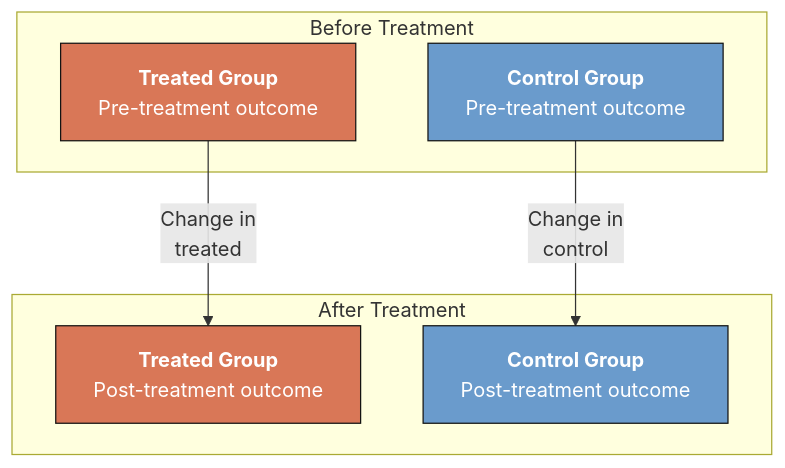
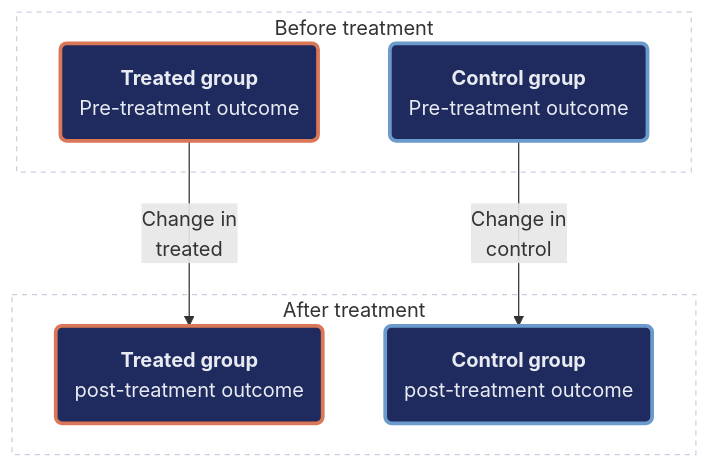
One commit to cmg777/starter-academic-v501 changed the first of 2 diagrams in content/post/python_did/references/tutorial.qmd. Above: the diagram before and after it, drawn with Mermaid. The commit also changed other lines of this file and 42 other files, not shown here.

First line of the commit message:
content(mermaid): restyle Mermaid copies in tutorial sources and the LaLonde slide deck

````diff
--- a/content/post/python_did/references/tutorial.qmd
+++ b/content/post/python_did/references/tutorial.qmd
@@ -124,19 +124,20 @@
 ```{mermaid}
 graph TB
-    subgraph "Before Treatment"
-        A["<b>Treated Group</b><br/>Pre-treatment outcome"]
-        B["<b>Control Group</b><br/>Pre-treatment outcome"]
+    subgraph SG1["Before treatment"]
+        A("<b>Treated group</b><br/>Pre-treatment outcome")
+        B("<b>Control group</b><br/>Pre-treatment outcome")
     end
-    subgraph "After Treatment"
-        C["<b>Treated Group</b><br/>Post-treatment outcome"]
-        D["<b>Control Group</b><br/>Post-treatment outcome"]
+    subgraph SG2["After treatment"]
+        C("<b>Treated group</b><br/>post-treatment outcome")
+        D("<b>Control group</b><br/>post-treatment outcome")
     end
 
     A -->|"Change in<br/>treated"| C
     B -->|"Change in<br/>control"| D
-
-    style A fill:#d97757,stroke:#141413,color:#fff
-    style C fill:#d97757,stroke:#141413,color:#fff
-    style B fill:#6a9bcc,stroke:#141413,color:#fff
-    style D fill:#6a9bcc,stroke:#141413,color:#fff
+    style SG1 fill:none,stroke:#c8d0e0,stroke-width:1px,stroke-dasharray:4 4
+    style SG2 fill:none,stroke:#c8d0e0,stroke-width:1px,stroke-dasharray:4 4
+    classDef orange fill:#1f2b5e,stroke:#d97757,stroke-width:3px,color:#e8ecf2
+    classDef blue fill:#1f2b5e,stroke:#6a9bcc,stroke-width:3px,color:#e8ecf2
+    class A,C orange
+    class B,D blue
 ```
````
